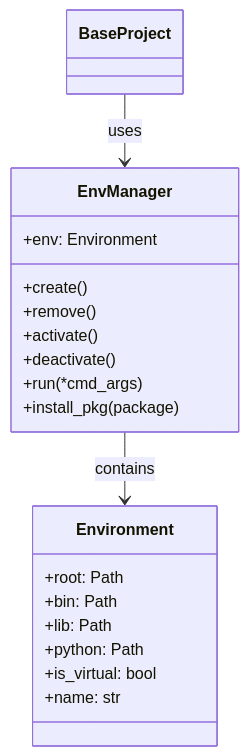
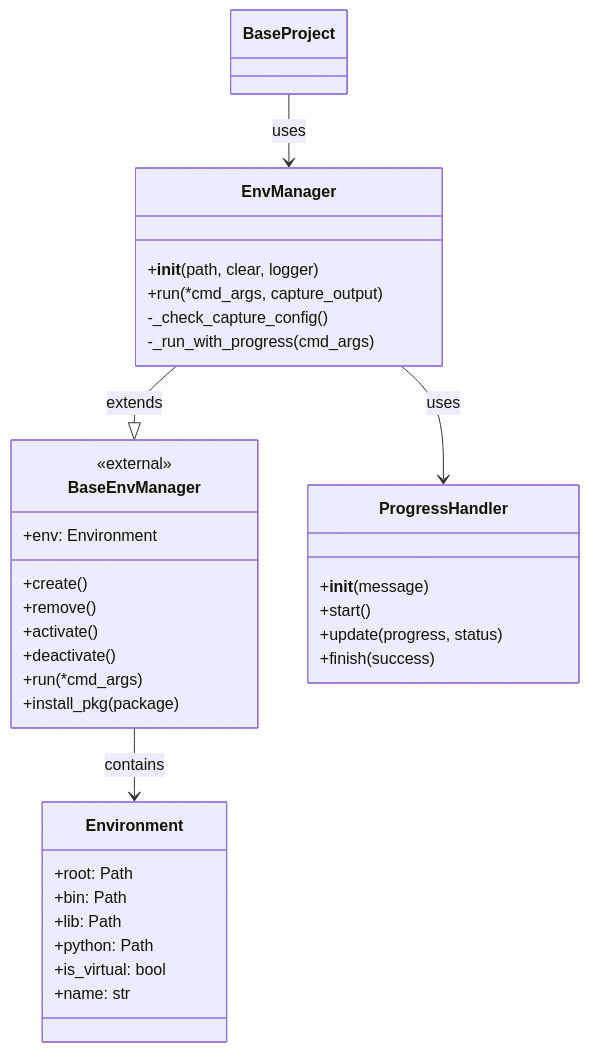
The fourth of 10 diagrams in doc/cicd_tools_architecture_plan.md (r4d4m4n71s/cicd_tools), drawn with Mermaid before and after one commit. The commit also changed other lines of this file and 20 other files, not shown here.

````diff
--- a/doc/cicd_tools_architecture_plan.md
+++ b/doc/cicd_tools_architecture_plan.md
@@ -166,24 +226,41 @@
 ```mermaid
 classDiagram
     class Environment {
         +root: Path
         +bin: Path
         +lib: Path
         +python: Path
         +is_virtual: bool
         +name: str
     }
     
-    class EnvManager {
+    class BaseEnvManager {
+        <<external>>
         +env: Environment
         +create()
         +remove()
         +activate()
         +deactivate()
         +run(*cmd_args)
         +install_pkg(package)
     }
     
+    class EnvManager {
+        +__init__(path, clear, logger)
+        +run(*cmd_args, capture_output)
+        -_check_capture_config()
+        -_run_with_progress(cmd_args)
+    }
+    
+    class ProgressHandler {
+        +__init__(message)
+        +start()
+        +update(progress, status)
+        +finish(success)
+    }
+    
     BaseProject --> EnvManager : uses
-    EnvManager --> Environment : contains
+    EnvManager --|> BaseEnvManager : extends
+    BaseEnvManager --> Environment : contains
+    EnvManager --> ProgressHandler : uses
 ```
````
